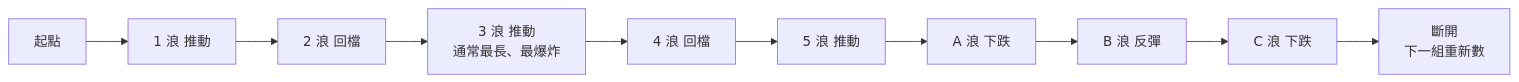
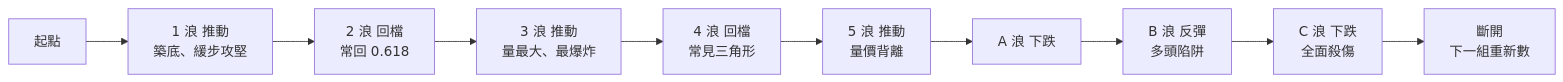
Before and after one commit to shooter2062424/Knowledge: the first of 3 diagrams in knowledge/investing/technical-analysis/evolved-elliott-wave-analysis-method.md, drawn with Mermaid. The commit also changed other lines of this file and 3 other files, not shown here.

````diff
--- a/knowledge/investing/technical-analysis/evolved-elliott-wave-analysis-method.md
+++ b/knowledge/investing/technical-analysis/evolved-elliott-wave-analysis-method.md
@@ -25,12 +25,12 @@
 ```mermaid
 flowchart LR
-    S["起點"] --> W1["1 浪 推動"]
-    W1 --> W2["2 浪 回檔"]
-    W2 --> W3["3 浪 推動<br/>通常最長、最爆炸"]
-    W3 --> W4["4 浪 回檔"]
-    W4 --> W5["5 浪 推動"]
+    S["起點"] --> W1["1 浪 推動<br/>築底、緩步攻堅"]
+    W1 --> W2["2 浪 回檔<br/>常回 0.618"]
+    W2 --> W3["3 浪 推動<br/>量最大、最爆炸"]
+    W3 --> W4["4 浪 回檔<br/>常見三角形"]
+    W4 --> W5["5 浪 推動<br/>量價背離"]
     W5 --> A["A 浪 下跌"]
-    A --> B["B 浪 反彈"]
-    B --> C["C 浪 下跌"]
+    A --> B["B 浪 反彈<br/>多頭陷阱"]
+    B --> C["C 浪 下跌<br/>全面殺傷"]
     C --> N["斷開<br/>下一組重新數"]
 ```
````
